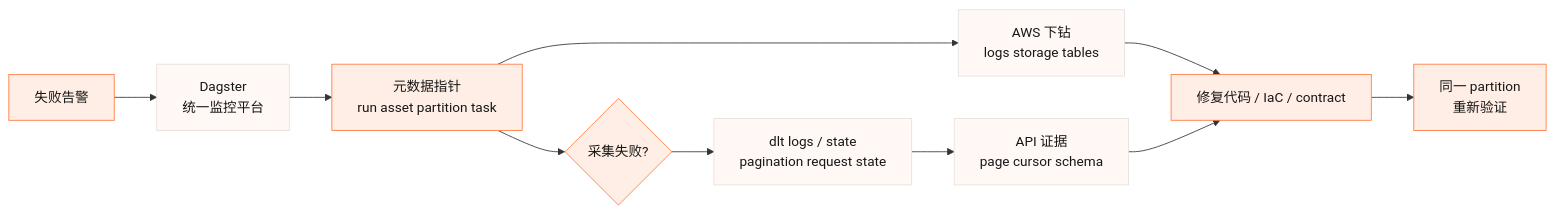
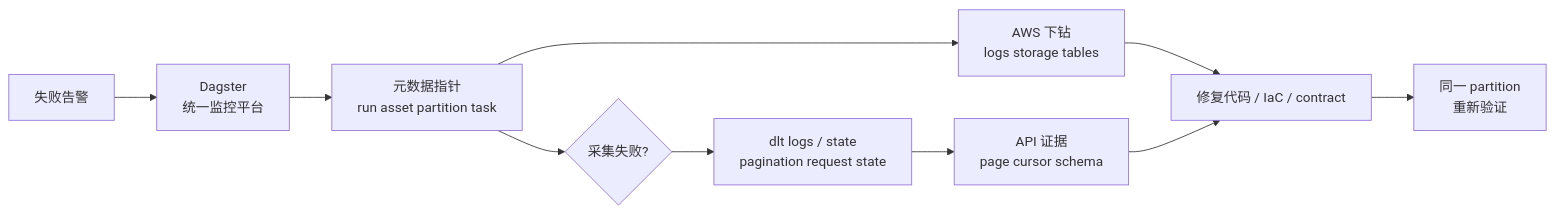
One commit to tihaya-anon/reporting changed the diagram in reports/data-agent/diagrams/metadata-debug-path.mmd. Above: the diagram before and after it, drawn with Mermaid. The commit also changed 18 other files, not shown here.

```diff
--- a/reports/data-agent/diagrams/metadata-debug-path.mmd
+++ b/reports/data-agent/diagrams/metadata-debug-path.mmd
@@ -1,14 +1,10 @@
 flowchart LR
   Fail["失败告警"] --> Dagster["Dagster<br/>统一监控平台"]
   Dagster --> Locate["元数据指针<br/>run asset partition task"]
   Locate --> AWS["AWS 下钻<br/>logs storage tables"]
   Locate --> Ingest{"采集失败?"}
   Ingest --> Dlt["dlt logs / state<br/>pagination request state"]
   Dlt --> API["API 证据<br/>page cursor schema"]
   AWS --> Fix["修复代码 / IaC / contract"]
   API --> Fix
   Fix --> Retry["同一 partition<br/>重新验证"]
-
-  classDef default fill:#FFEEE5,stroke:#FF7A3D,color:#171717,stroke-width:1px;
-  classDef evidence fill:#FFF8F4,stroke:#E6E0DC,color:#171717,stroke-width:1px;
-  class Dagster,Dlt,AWS,API evidence;
```
